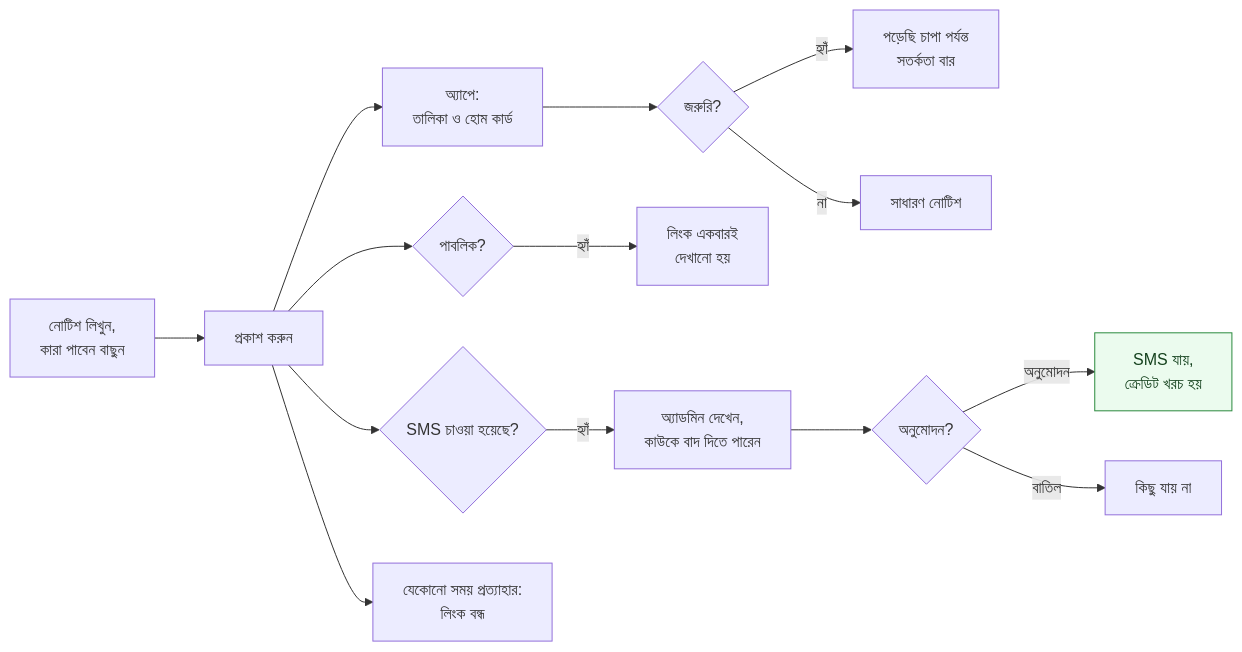
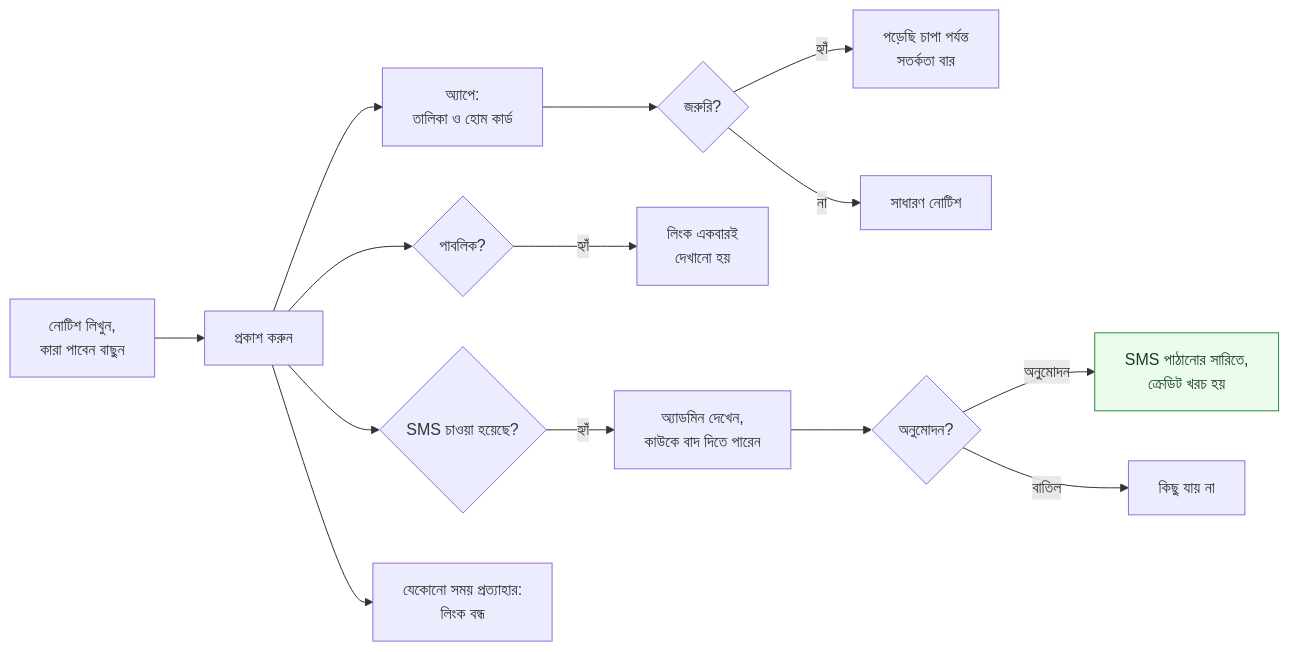
Before and after one commit to LBCron/biddaloy: the diagram in docs/user-guide/_diagrams/communications-notices-overview.bn.mmd, drawn with Mermaid. The commit also changed 9 other files, not shown here.

```diff
--- a/docs/user-guide/_diagrams/communications-notices-overview.bn.mmd
+++ b/docs/user-guide/_diagrams/communications-notices-overview.bn.mmd
@@ -1,17 +1,17 @@
 %% title: নোটিশ যেভাবে যায়
 %% desc: আপনি নোটিশ লিখে কারা পাবেন বাছেন, তারপর প্রকাশ করেন। অ্যাপ আছে এমন মানুষ অ্যাপে নোটিশ দেখেন; জরুরি নোটিশ পড়েছি চাপা পর্যন্ত তাঁদের সতর্কতা বারেও থাকে। পাবলিক টিক দিলে একটি লিংক হয়, যা একবারই দেখানো হয়। SMS যায় শুধু অ্যাডমিন অনুমোদন দিলে। নোটিশ যেকোনো সময় প্রত্যাহার করা যায়, তখন তার লিংক বন্ধ হয়ে যায়।
 flowchart LR
   W["নোটিশ লিখুন,<br/>কারা পাবেন বাছুন"] --> P["প্রকাশ করুন"]
   P --> A["অ্যাপে:<br/>তালিকা ও হোম কার্ড"]
   A --> I{"জরুরি?"}
   I -- "হ্যাঁ" --> B["পড়েছি চাপা পর্যন্ত<br/>সতর্কতা বার"]
   I -- "না" --> N["সাধারণ নোটিশ"]
   P --> L{"পাবলিক?"}
   L -- "হ্যাঁ" --> K["লিংক একবারই<br/>দেখানো হয়"]
   P --> S{"SMS চাওয়া হয়েছে?"}
   S -- "হ্যাঁ" --> R["অ্যাডমিন দেখেন,<br/>কাউকে বাদ দিতে পারেন"]
   R --> D{"অনুমোদন?"}
-  D -- "অনুমোদন" --> G["SMS যায়,<br/>ক্রেডিট খরচ হয়"]:::done
+  D -- "অনুমোদন" --> G["SMS পাঠানোর সারিতে,<br/>ক্রেডিট খরচ হয়"]:::done
   D -- "বাতিল" --> X["কিছু যায় না"]
   P --> Z["যেকোনো সময় প্রত্যাহার:<br/>লিংক বন্ধ"]
   classDef done fill:#ebfbee,stroke:#2b8a3e,color:#14411d
```
